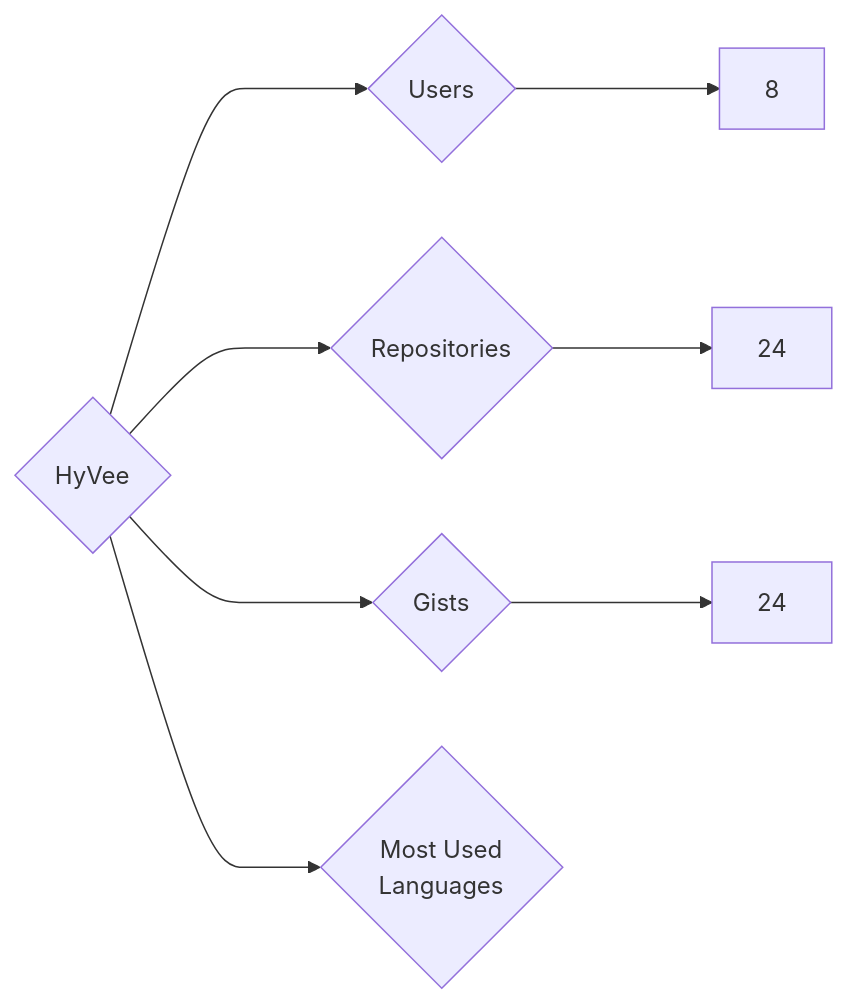
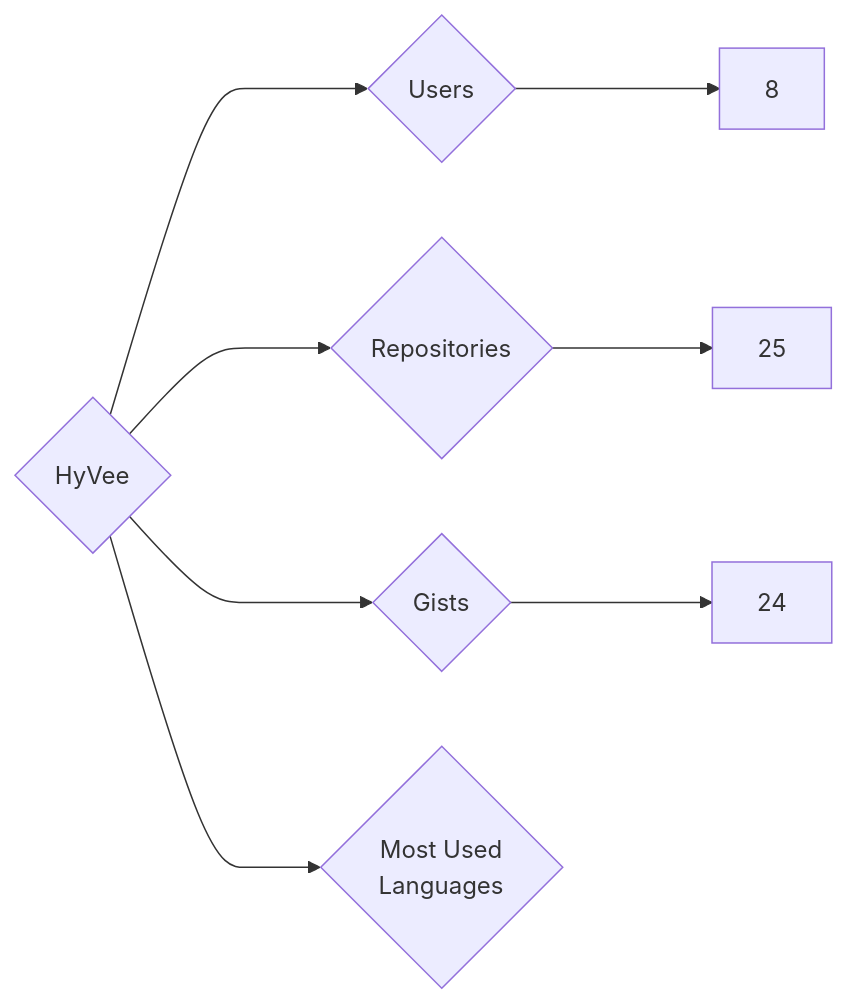
One commit to nenadzaric/insiders changed the diagram in targets/HyVee/README.md. Above: the diagram before and after it, drawn with Mermaid. The commit also changed 1342 other files, not shown here.

````diff
--- a/targets/HyVee/README.md
+++ b/targets/HyVee/README.md
@@ -3,8 +3,8 @@
 ```mermaid
 graph LR
 COMPANY_NAME{HyVee}
 COMPANY_NAME ---> U{Users} ---> UN[8]
-COMPANY_NAME ---> R{Repositories} ---> RN[24]
+COMPANY_NAME ---> R{Repositories} ---> RN[25]
 COMPANY_NAME ---> G{Gists} ---> GN[24]
 COMPANY_NAME ---> ML{Most Used<br>Languages}
 ```
````
